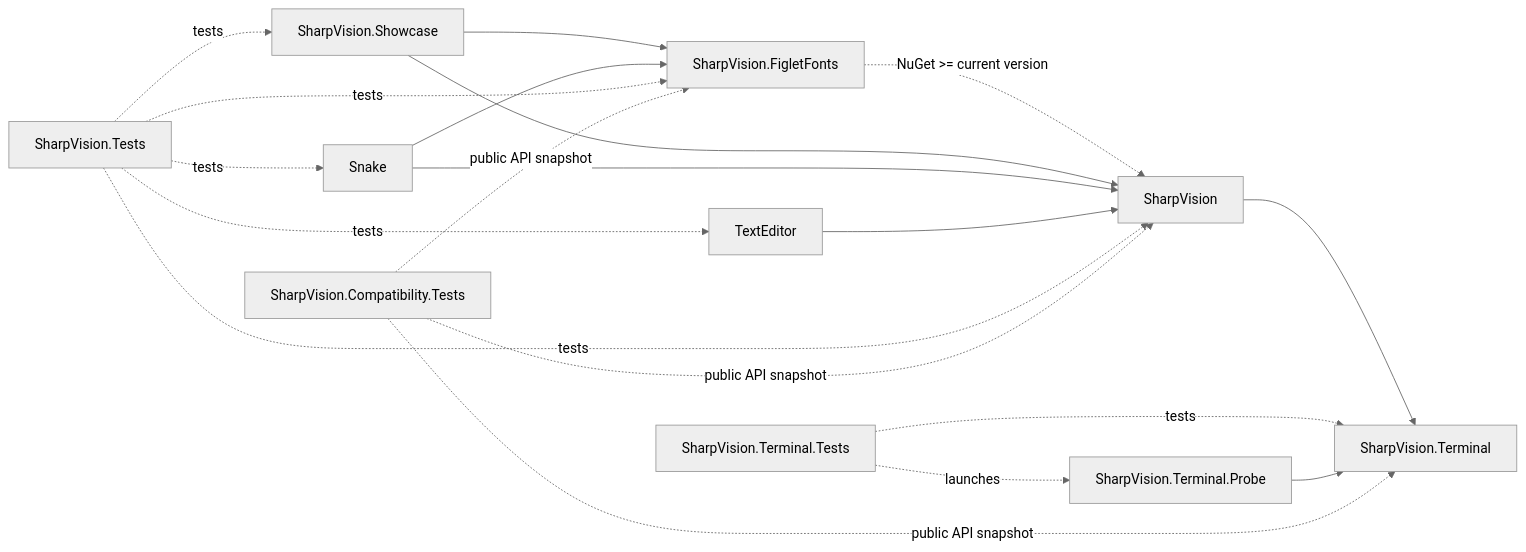
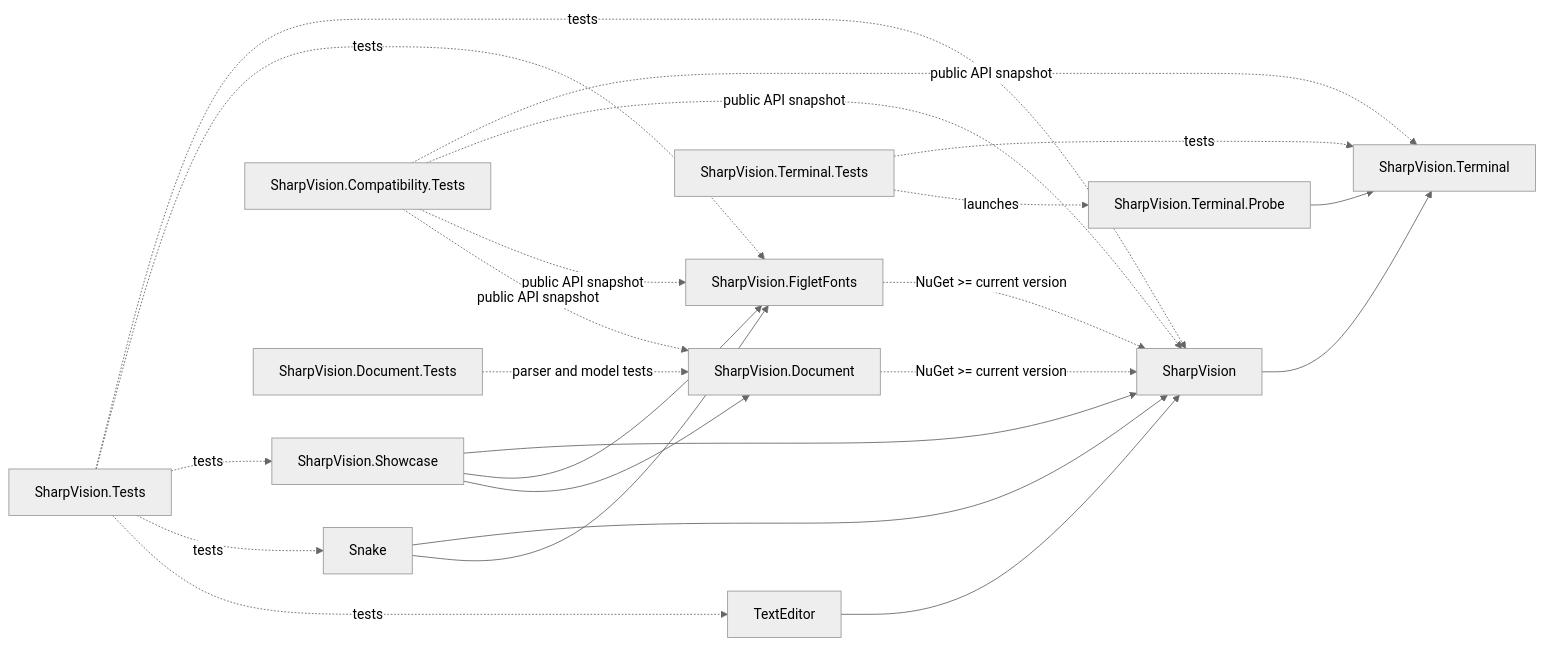
Before and after one commit to pavkam/sharp-vision: the diagram in docs/architecture/project-structure.md, drawn with Mermaid (neutral theme). The commit also changed other lines of this file and 160 other files, not shown here.

````diff
--- a/docs/architecture/project-structure.md
+++ b/docs/architecture/project-structure.md
@@ -9,31 +9,37 @@
 ```mermaid
 flowchart LR
     Terminal["SharpVision.Terminal"]
     UI["SharpVision"]
+    Document["SharpVision.Document"]
     FigletFonts["SharpVision.FigletFonts"]
     Showcase["SharpVision.Showcase"]
     Snake["Snake"]
     TextEditor["TextEditor"]
     TerminalTests["SharpVision.Terminal.Tests"]
     Probe["SharpVision.Terminal.Probe"]
     UITests["SharpVision.Tests"]
     CompatibilityTests["SharpVision.Compatibility.Tests"]
+    DocumentTests["SharpVision.Document.Tests"]
     UI --> Terminal
     FigletFonts -. "NuGet >= current version" .-> UI
+    Document -. "NuGet >= current version" .-> UI
     Showcase --> UI
     Showcase --> FigletFonts
+    Showcase --> Document
     Snake --> UI
     Snake --> FigletFonts
     TextEditor --> UI
     TerminalTests -. tests .-> Terminal
     TerminalTests -. launches .-> Probe
     Probe --> Terminal
     UITests -. tests .-> UI
     UITests -. tests .-> FigletFonts
     UITests -. tests .-> Showcase
     UITests -. tests .-> Snake
     UITests -. tests .-> TextEditor
     CompatibilityTests -. public API snapshot .-> Terminal
     CompatibilityTests -. public API snapshot .-> UI
     CompatibilityTests -. public API snapshot .-> FigletFonts
+    CompatibilityTests -. public API snapshot .-> Document
+    DocumentTests -. parser and model tests .-> Document
 ```
````
